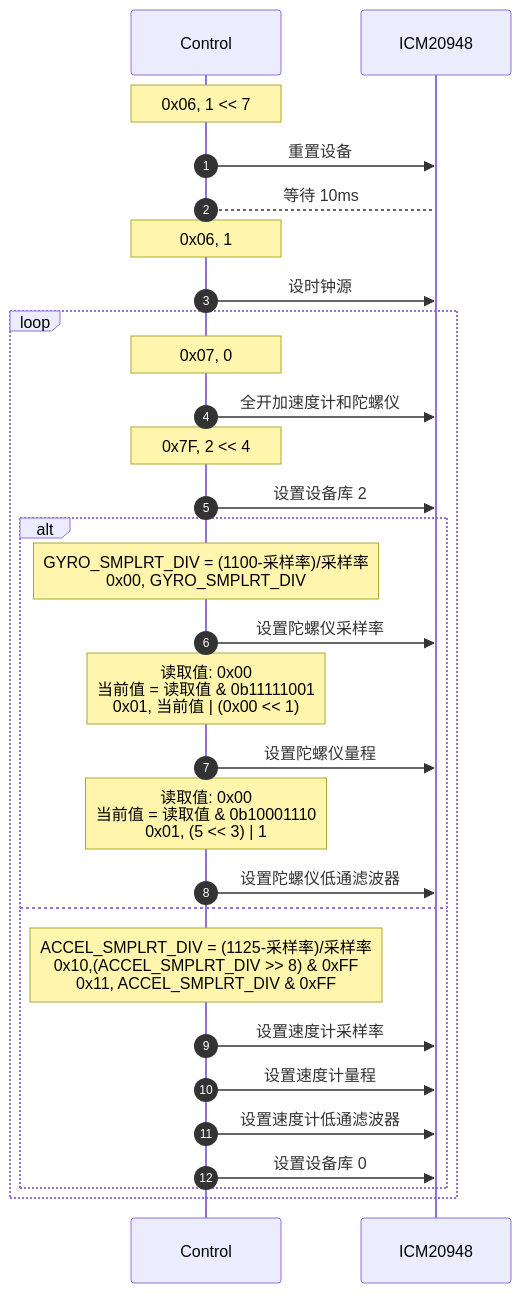
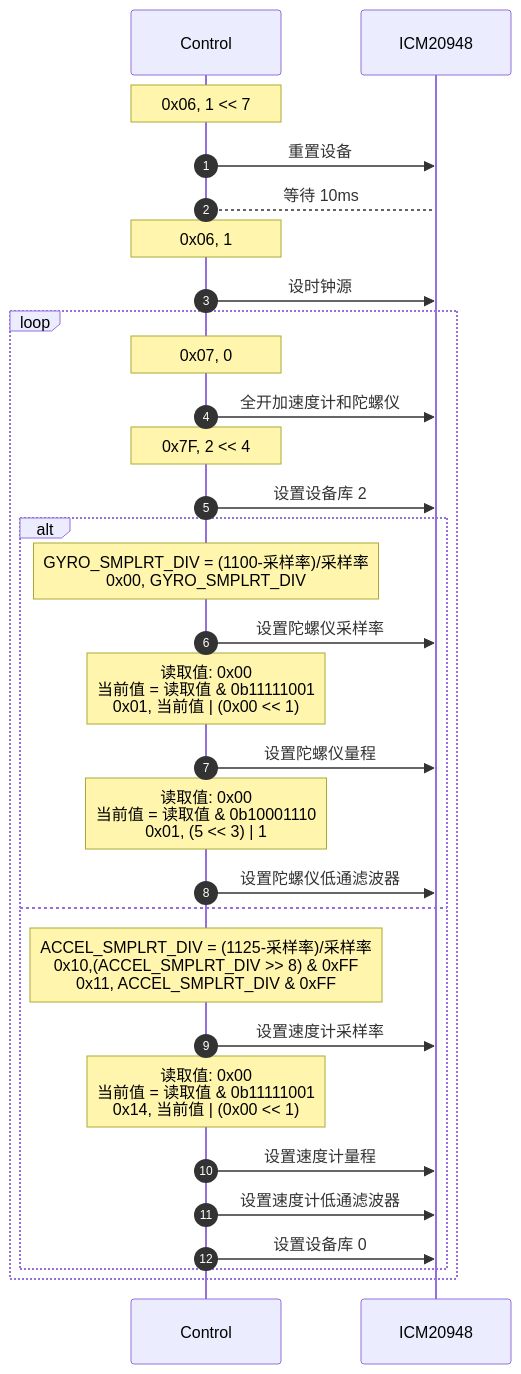
The second of 3 diagrams in _posts/2025-04-06-mdchart.md (hkdickyko/hkdickyko.github.io), drawn with Mermaid before and after one commit. The commit also changed other lines of this file, not shown here.

```diff
--- a/_posts/2025-04-06-mdchart.md
+++ b/_posts/2025-04-06-mdchart.md
@@ -146,31 +146,32 @@
 <div class="mermaid">
 sequenceDiagram;
    autonumber;
    participant C as Control;
    participant I as ICM20948;
    note over C: 0x06, 1 << 7;
    C->>I: 重置设备;
    C-->I: 等待 10ms
    note over C: 0x06, 1;
    C->>I: 设时钟源;
    loop;
    note over C: 0x07, 0;
    C->>I: 全开加速度计和陀螺仪;
    note over C: 0x7F, 2 << 4;
    C->>I: 设置设备库 2;
    alt;
    note over C: GYRO_SMPLRT_DIV = (1100-采样率)/采样率<br>0x00, GYRO_SMPLRT_DIV;
    C->>I: 设置陀螺仪采样率;
    note over C: 读取值: 0x00<br>当前值 = 读取值 & 0b11111001<br>0x01, 当前值 | (0x00 << 1);
    C->>I: 设置陀螺仪量程;
    note over C: 读取值: 0x00<br>当前值 = 读取值 & 0b10001110<br> 0x01, (5 << 3) | 1;
    C->>I: 设置陀螺仪低通滤波器;
    else;
    note over C: ACCEL_SMPLRT_DIV = (1125-采样率)/采样率<br>0x10,(ACCEL_SMPLRT_DIV >> 8) & 0xFF<br>0x11, ACCEL_SMPLRT_DIV & 0xFF;   
    C->>I: 设置速度计采样率;
+   note over C: 读取值: 0x00<br>当前值 = 读取值 & 0b11111001<br>0x14, 当前值 | (0x00 << 1);   
    C->>I: 设置速度计量程;
    C->>I: 设置速度计低通滤波器;
    C->>I: 设置设备库 0;
    end
    end
 </div>
```
